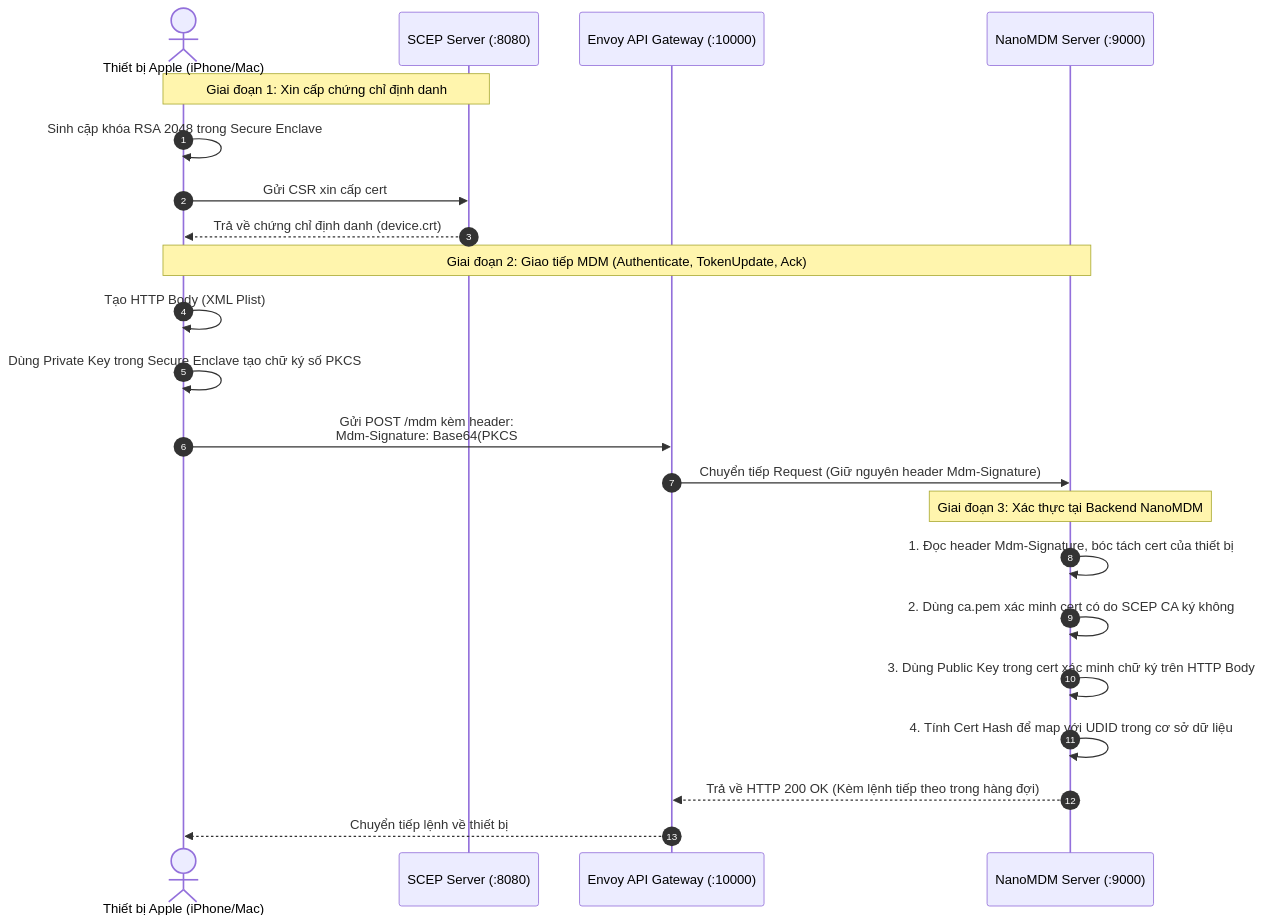
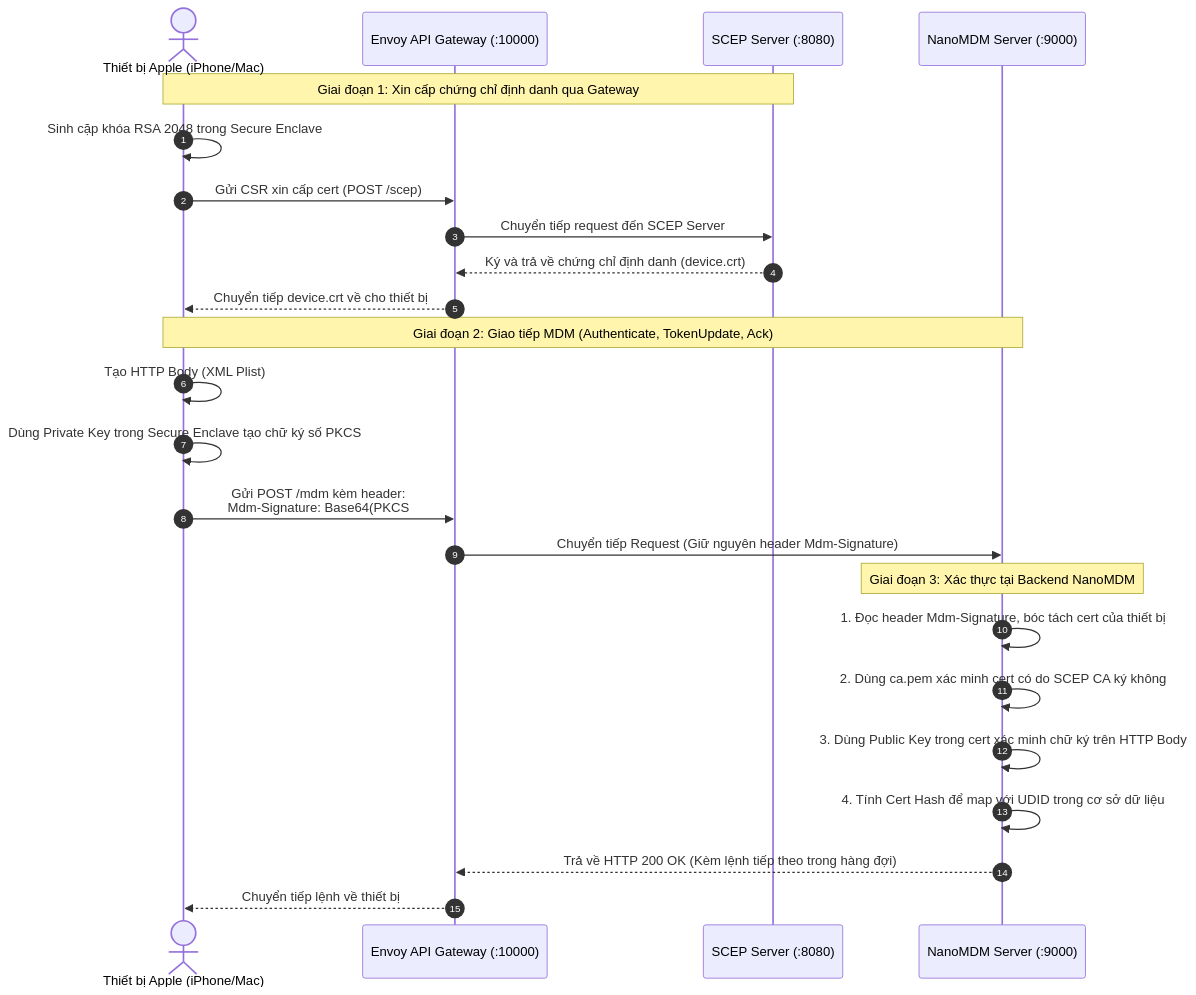
The diagram in ENVOY_INTEGRATION.md (duyhustvn/setup-mdm), drawn with Mermaid before and after one commit. The commit also changed other lines of this file, not shown here.

````diff
--- a/ENVOY_INTEGRATION.md
+++ b/ENVOY_INTEGRATION.md
@@ -336,27 +340,29 @@
 ```mermaid
 sequenceDiagram
     autonumber
     actor Device as Thiết bị Apple (iPhone/Mac)
+    participant Gateway as Envoy API Gateway (:10000)
     participant SCEP as SCEP Server (:8080)
-    participant Gateway as Envoy API Gateway (:10000)
     participant MDM as NanoMDM Server (:9000)
 
-    Note over Device,SCEP: Giai đoạn 1: Xin cấp chứng chỉ định danh
+    Note over Device,SCEP: Giai đoạn 1: Xin cấp chứng chỉ định danh qua Gateway
     Device->>Device: Sinh cặp khóa RSA 2048 trong Secure Enclave
-    Device->>SCEP: Gửi CSR xin cấp cert
-    SCEP-->>Device: Trả về chứng chỉ định danh (device.crt)
+    Device->>Gateway: Gửi CSR xin cấp cert (POST /scep)
+    Gateway->>SCEP: Chuyển tiếp request đến SCEP Server
+    SCEP-->>Gateway: Ký và trả về chứng chỉ định danh (device.crt)
+    Gateway-->>Device: Chuyển tiếp device.crt về cho thiết bị
 
     Note over Device,MDM: Giai đoạn 2: Giao tiếp MDM (Authenticate, TokenUpdate, Ack)
     Device->>Device: Tạo HTTP Body (XML Plist)
     Device->>Device: Dùng Private Key trong Secure Enclave tạo chữ ký số PKCS#7 trên Body
     Device->>Gateway: Gửi POST /mdm kèm header:<br/>Mdm-Signature: Base64(PKCS#7_Signature_kèm_device.crt)
     Gateway->>MDM: Chuyển tiếp Request (Giữ nguyên header Mdm-Signature)
 
     Note over MDM: Giai đoạn 3: Xác thực tại Backend NanoMDM
     MDM->>MDM: 1. Đọc header Mdm-Signature, bóc tách cert của thiết bị
     MDM->>MDM: 2. Dùng ca.pem xác minh cert có do SCEP CA ký không
     MDM->>MDM: 3. Dùng Public Key trong cert xác minh chữ ký trên HTTP Body
     MDM->>MDM: 4. Tính Cert Hash để map với UDID trong cơ sở dữ liệu
     MDM-->>Gateway: Trả về HTTP 200 OK (Kèm lệnh tiếp theo trong hàng đợi)
     Gateway-->>Device: Chuyển tiếp lệnh về thiết bị
 ```
````
